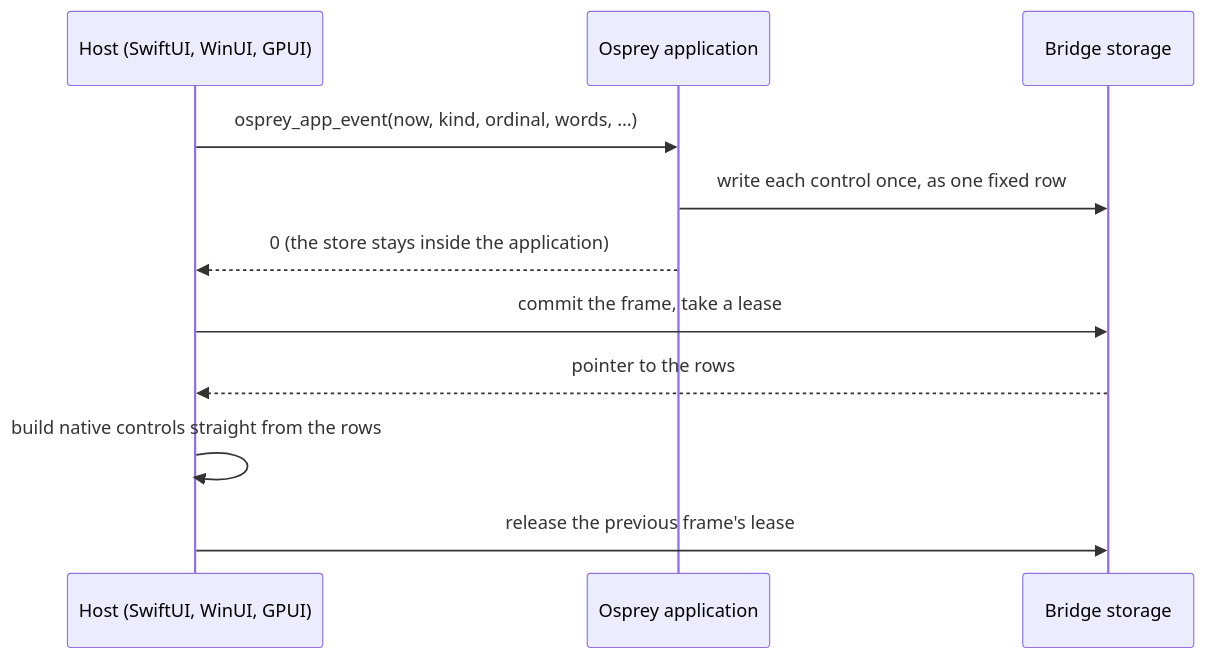
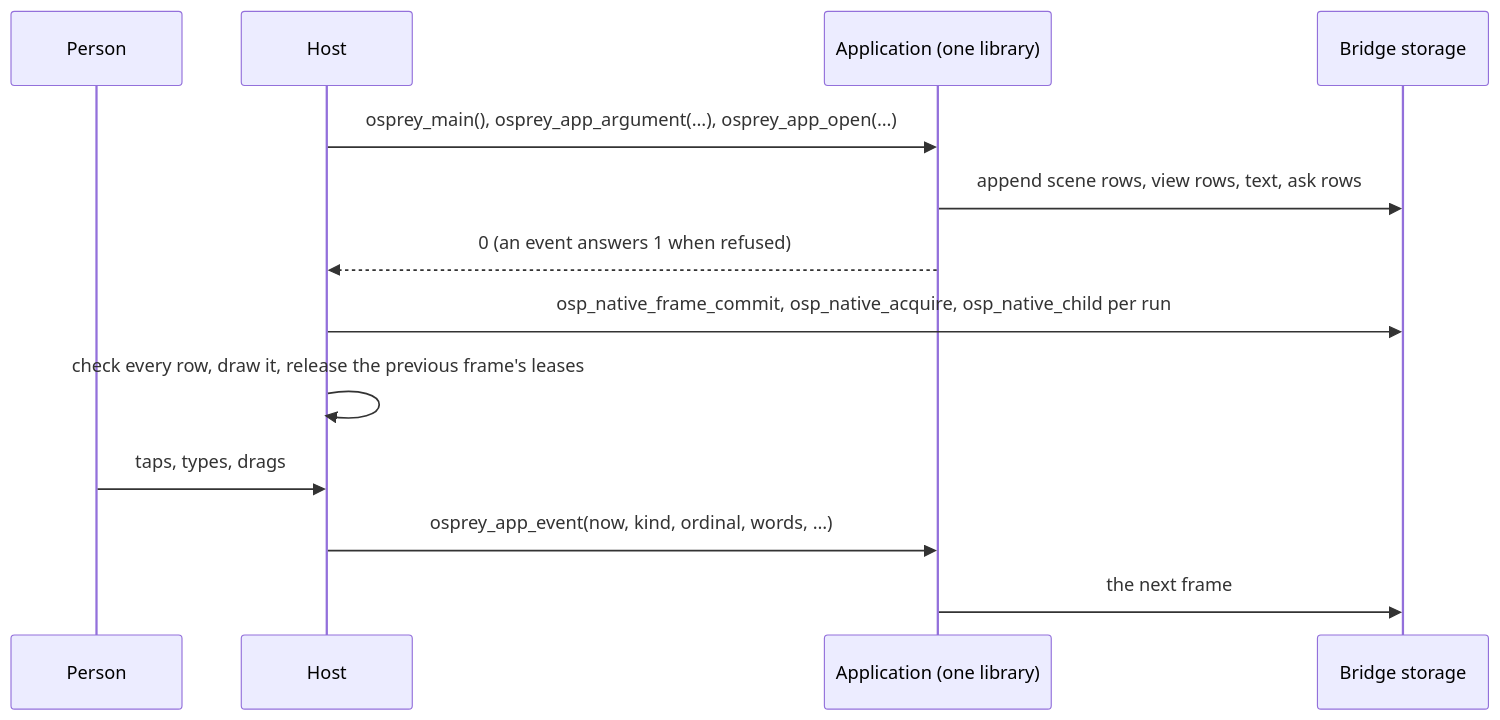
The diagram in docs/specs/applications/0053-NativeSharedViews.md (Nimblesite/osprey), drawn with Mermaid before and after one commit. The commit also changed other lines of this file and 7 other files, not shown here.

Commit message:
docs: spec 0053 explains the bridge end to end — exports, the frame's four runs, plain and component rows, asks, events, ownership and how to write a host; host READMEs and spec 0047 point at it

````diff
--- a/docs/specs/applications/0053-NativeSharedViews.md
+++ b/docs/specs/applications/0053-NativeSharedViews.md
@@ -9,13 +26,15 @@
 ```mermaid
 sequenceDiagram
-    participant H as Host (SwiftUI, WinUI, GPUI)
-    participant A as Osprey application
+    participant P as Person
+    participant H as Host
+    participant A as Application (one library)
     participant B as Bridge storage
+    H->>A: osprey_main(), osprey_app_argument(…), osprey_app_open(…)
+    A->>B: append scene rows, view rows, text, ask rows
+    A-->>H: 0 (an event answers 1 when refused)
+    H->>B: osp_native_frame_commit, osp_native_acquire, osp_native_child per run
+    H->>H: check every row, draw it, release the previous frame's leases
+    P->>H: taps, types, drags
     H->>A: osprey_app_event(now, kind, ordinal, words, …)
-    A->>B: write each control once, as one fixed row
-    A-->>H: 0 (the store stays inside the application)
-    H->>B: commit the frame, take a lease
-    B-->>H: pointer to the rows
-    H->>H: build native controls straight from the rows
-    H->>B: release the previous frame's lease
+    A->>B: the next frame
 ```
````
